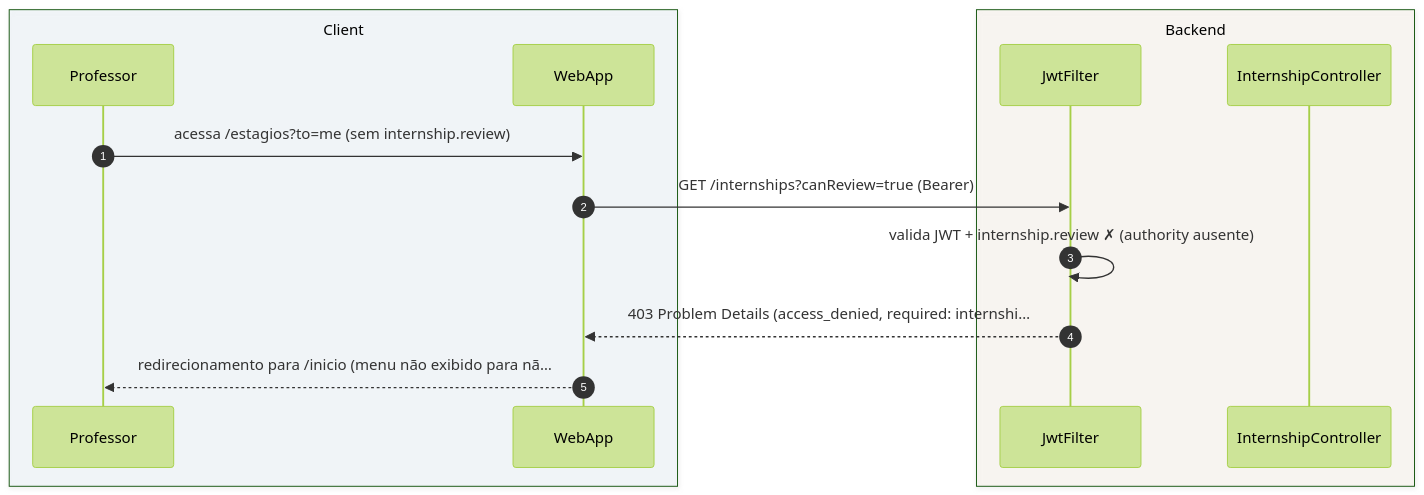
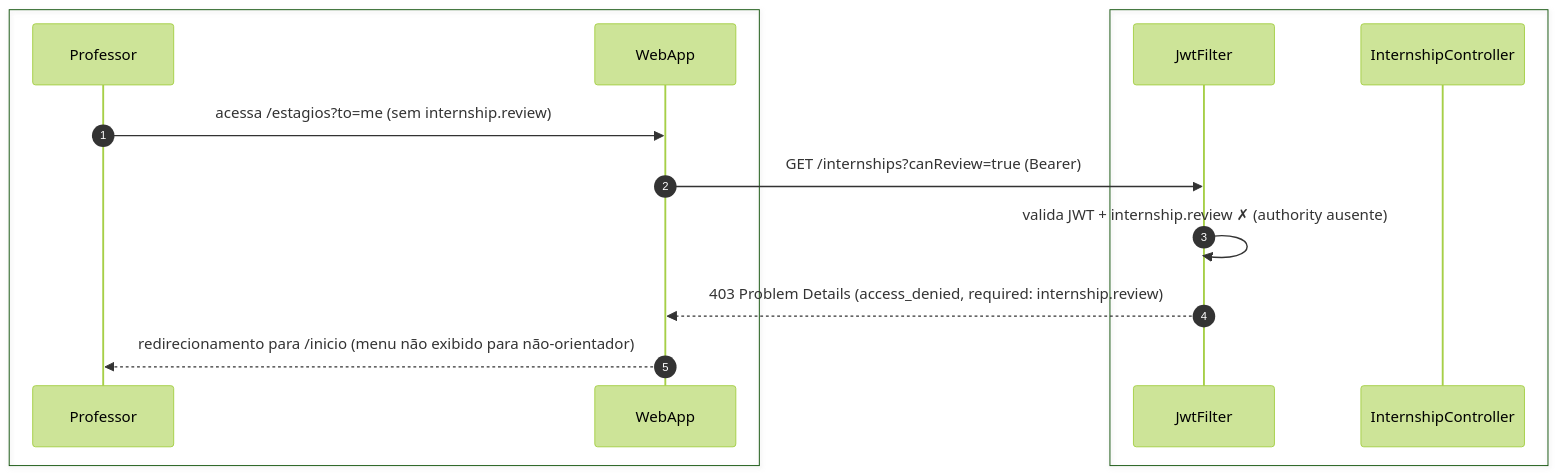
Before and after one commit to umishell/secretariaOnline2: the fourth of 4 diagrams in foundationDocs/sequenceDiagrams/F3 — Professor/US-F3-005-ESTAGIO-ORIENTACAO.md, drawn with Mermaid (forest theme). The commit also changed other lines of this file and 70 other files, not shown here.

First line of the commit message:
Enhance database documentation and introduce new schema files

````diff
--- a/foundationDocs/sequenceDiagrams/F3 — Professor/US-F3-005-ESTAGIO-ORIENTACAO.md
+++ b/foundationDocs/sequenceDiagrams/F3 — Professor/US-F3-005-ESTAGIO-ORIENTACAO.md
@@ -177,18 +177,18 @@
 ```mermaid
 sequenceDiagram
     autonumber
-    box rgba(230,245,255,0.3) Client
+    box #e8f4fc Cliente
         participant Professor
         participant WebApp
     end
-    box rgba(255,245,230,0.3) Backend
+    box #fff8ee Servidor
         participant JwtFilter
         participant InternshipController
     end
 
     Professor->>WebApp: acessa /estagios?to=me (sem internship.review)
     WebApp->>JwtFilter: GET /internships?canReview=true (Bearer)
     JwtFilter->>JwtFilter: valida JWT + internship.review ✗ (authority ausente)
-    JwtFilter-->>WebApp: 403 Problem Details (access_denied, required: internshi…
-    WebApp-->>Professor: redirecionamento para /inicio (menu não exibido para nã…
+    JwtFilter-->>WebApp: 403 Problem Details (access_denied, required: internship.review)
+    WebApp-->>Professor: redirecionamento para /inicio (menu não exibido para não-orientador)
 ```
````
